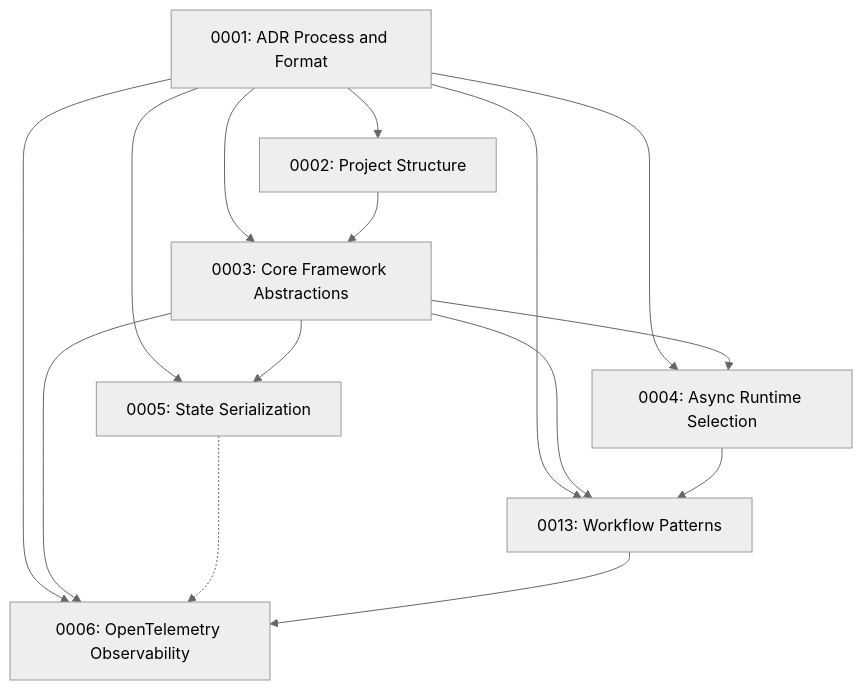
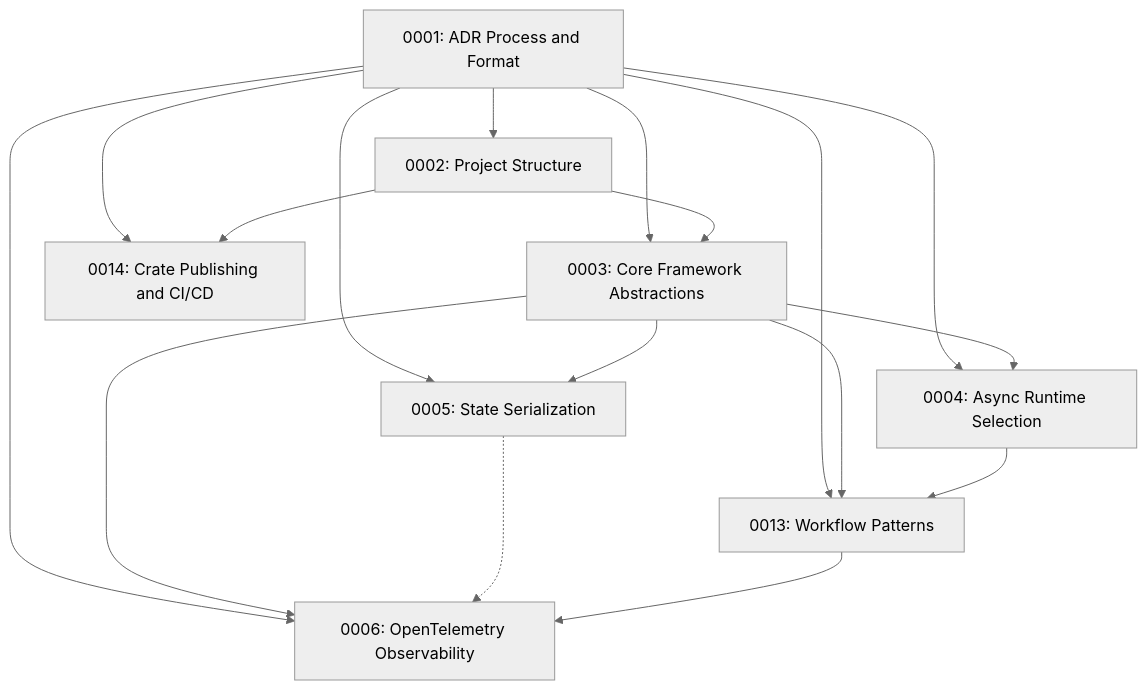
Before and after one commit to aitoroses/floxide: the diagram in docs/adrs/README.md, drawn with Mermaid (neutral theme). The commit also changed other lines of this file and 9 other files, not shown here.

````diff
--- a/docs/adrs/README.md
+++ b/docs/adrs/README.md
@@ -136,17 +143,19 @@
 ```mermaid
 graph TD
     A[0001: ADR Process and Format] --> B[0002: Project Structure]
     A --> C[0003: Core Framework Abstractions]
     A --> D[0004: Async Runtime Selection]
     A --> E[0005: State Serialization]
     A --> F[0006: OpenTelemetry Observability]
     A --> G[0013: Workflow Patterns]
+    A --> H[0014: Crate Publishing and CI/CD]
     B --> C
+    B --> H
     C --> D
     C --> E
     C --> F
     C --> G
     D --> G
     E -.-> F
     G --> F
 ```
````
